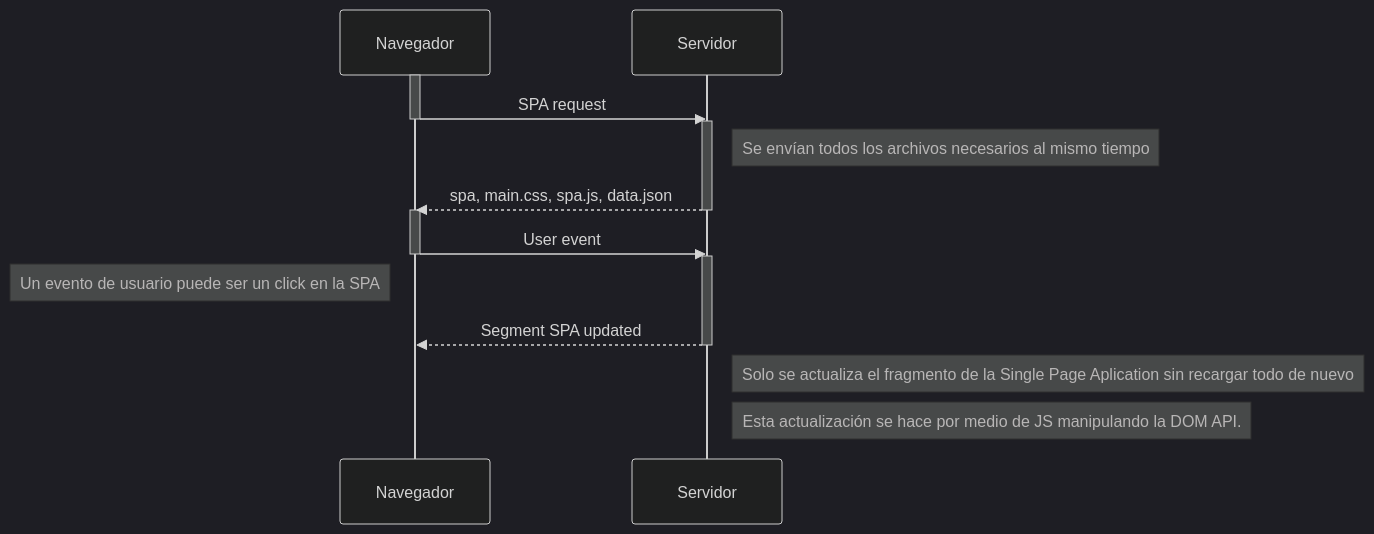
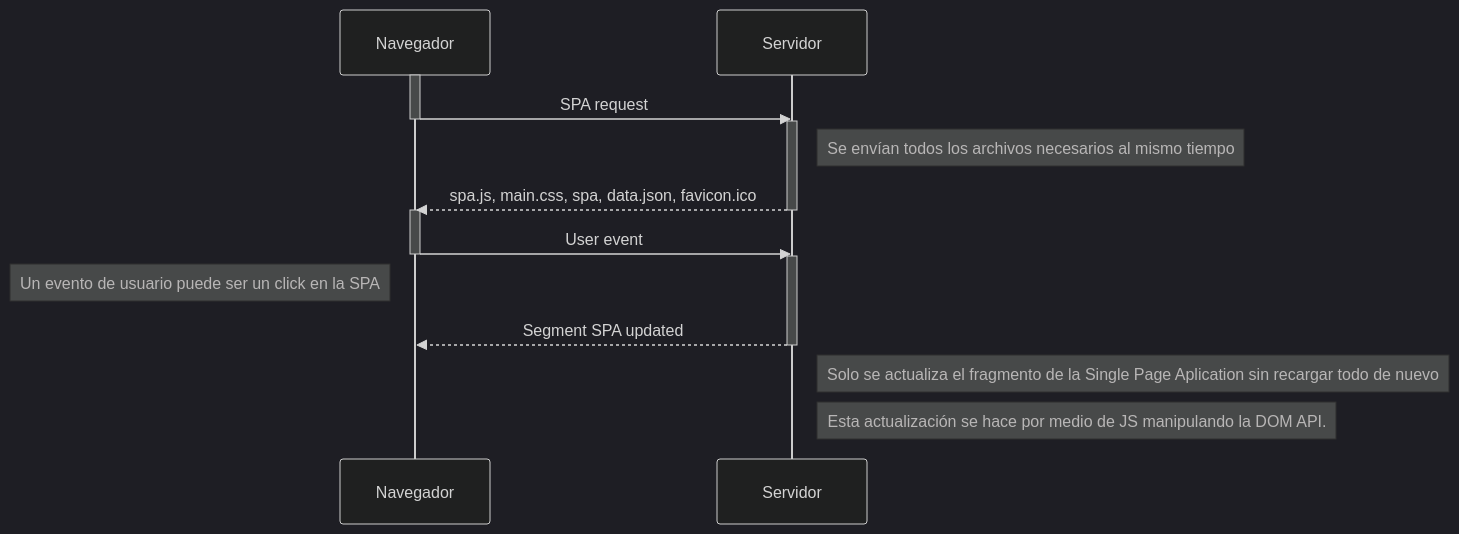
Before and after one commit to inf-rober/full-stack-open: the diagram in part0/diagrama_secuencia_0.5.md, drawn with Mermaid (dark theme).

````diff
--- a/part0/diagrama_secuencia_0.5.md
+++ b/part0/diagrama_secuencia_0.5.md
@@ -1,21 +1,21 @@
 ```mermaid
 sequenceDiagram
     participant Navegador
     participant Servidor
     activate Navegador
     Navegador->>Servidor: SPA request
     deactivate Navegador
     activate Servidor
     Note right of Servidor: Se envían todos los archivos necesarios al mismo tiempo
-    Servidor-->>Navegador: spa, main.css, spa.js, data.json
+    Servidor-->>Navegador: spa.js, main.css, spa, data.json, favicon.ico
     deactivate Servidor
     activate Navegador
     Navegador->>Servidor: User event
     deactivate Navegador
     activate Servidor
     Note left of Navegador: Un evento de usuario puede ser un click en la SPA
     Servidor-->>Navegador: Segment SPA updated
     deactivate Servidor
     Note right of Servidor: Solo se actualiza el fragmento de la Single Page Aplication sin recargar todo de nuevo
     Note right of Servidor: Esta actualización se hace por medio de JS manipulando la DOM API.
 ```
````
